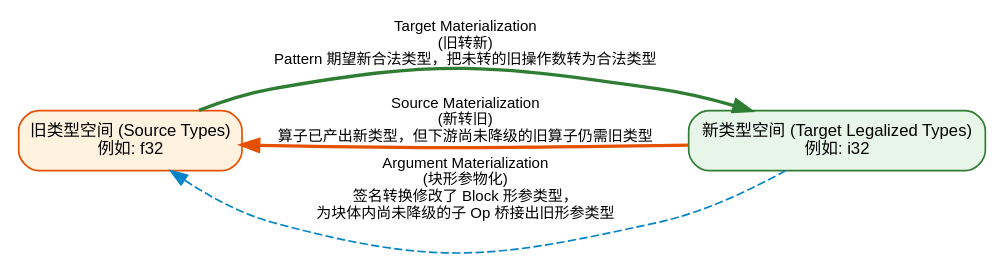
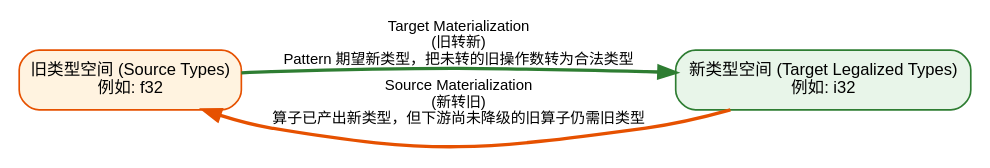
Before and after one commit to hqu-little-boy/blog: the sixth of 7 diagrams in src/content/posts/mlir-dialect-system-and-conversion-infrastructure-guide.md, drawn with Graphviz. The commit also changed other lines of this file, not shown here.

````diff
--- a/src/content/posts/mlir-dialect-system-and-conversion-infrastructure-guide.md
+++ b/src/content/posts/mlir-dialect-system-and-conversion-infrastructure-guide.md
@@ -902,14 +1019,13 @@
 ```graphviz
-digraph MaterializationTriad {
+digraph MaterializationFlow {
     rankdir=LR;
     node [shape=box, style="rounded,filled", fontname="sans-serif", fontsize=10];
     edge [fontname="sans-serif", fontsize=9];
 
     OldWorld [label="旧类型空间 (Source Types)\n例如: f32", fillcolor="#fff3e0", color="#e65100"];
     NewWorld [label="新类型空间 (Target Legalized Types)\n例如: i32", fillcolor="#e8f5e9", color="#2e7d32"];
 
-    OldWorld -> NewWorld [label=" Target Materialization\n(旧转新)\nPattern 期望新合法类型，把未转的旧操作数转为合法类型", color="#2e7d32", style="bold"];
+    OldWorld -> NewWorld [label=" Target Materialization\n(旧转新)\nPattern 期望新类型，把未转的旧操作数转为合法类型", color="#2e7d32", style="bold"];
     NewWorld -> OldWorld [label=" Source Materialization\n(新转旧)\n算子已产出新类型，但下游尚未降级的旧算子仍需旧类型", color="#e65100", style="bold"];
-    NewWorld -> OldWorld [label=" Argument Materialization\n(块形参物化)\n签名转换修改了 Block 形参类型，\n为块体内尚未降级的子 Op 桥接出旧形参类型", color="#0284c7", style="dashed"];
 }
 ```
````
